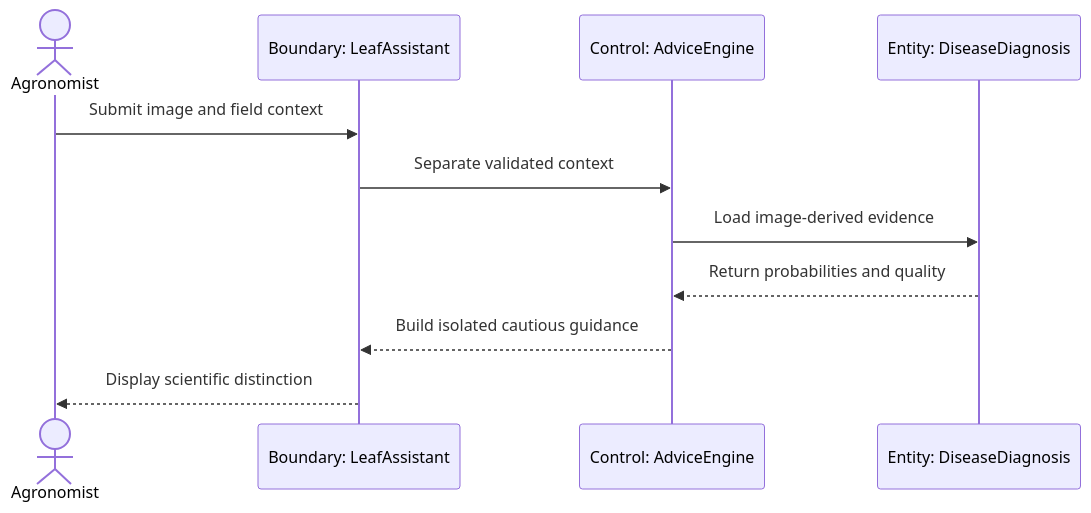
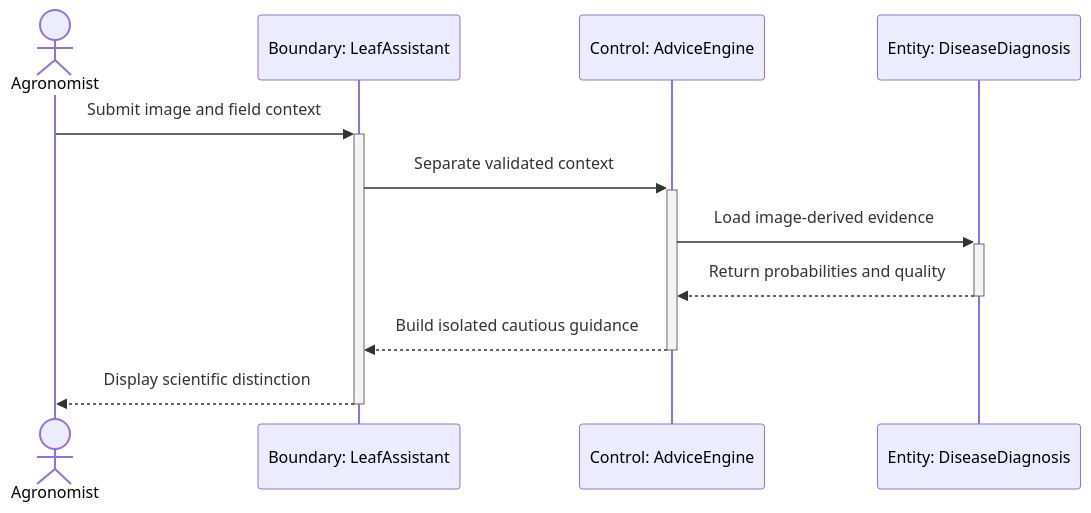
One commit to zhabgjialu2003-sudo/Counting-Maize-Tassels-in-the-Wild-via-Deep-Neural-Network changed the diagram in docs/design/uml/story-extensions/c-8/sequence.mmd. Above: the diagram before and after it, drawn with Mermaid. The commit also changed 32 other files, not shown here.

First line of the commit message:
docs(diagrams): add sequence activation bars

```diff
--- a/docs/design/uml/story-extensions/c-8/sequence.mmd
+++ b/docs/design/uml/story-extensions/c-8/sequence.mmd
@@ -1,11 +1,11 @@
 sequenceDiagram
 actor Agronomist as Agronomist
 participant LeafAssistant as Boundary: LeafAssistant
 participant AdviceEngine as Control: AdviceEngine
 participant DiseaseDiagnosis as Entity: DiseaseDiagnosis
-Agronomist->>LeafAssistant: Submit image and field context
-LeafAssistant->>AdviceEngine: Separate validated context
-AdviceEngine->>DiseaseDiagnosis: Load image-derived evidence
-DiseaseDiagnosis-->>AdviceEngine: Return probabilities and quality
-AdviceEngine-->>LeafAssistant: Build isolated cautious guidance
-LeafAssistant-->>Agronomist: Display scientific distinction
+Agronomist->>+LeafAssistant: Submit image and field context
+LeafAssistant->>+AdviceEngine: Separate validated context
+AdviceEngine->>+DiseaseDiagnosis: Load image-derived evidence
+DiseaseDiagnosis-->>-AdviceEngine: Return probabilities and quality
+AdviceEngine-->>-LeafAssistant: Build isolated cautious guidance
+LeafAssistant-->>-Agronomist: Display scientific distinction
```
